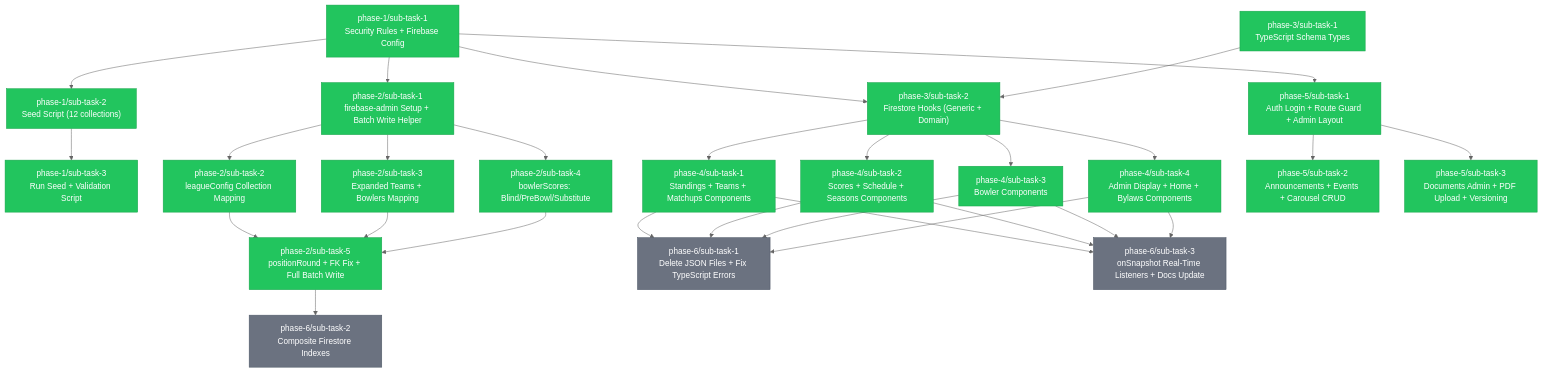
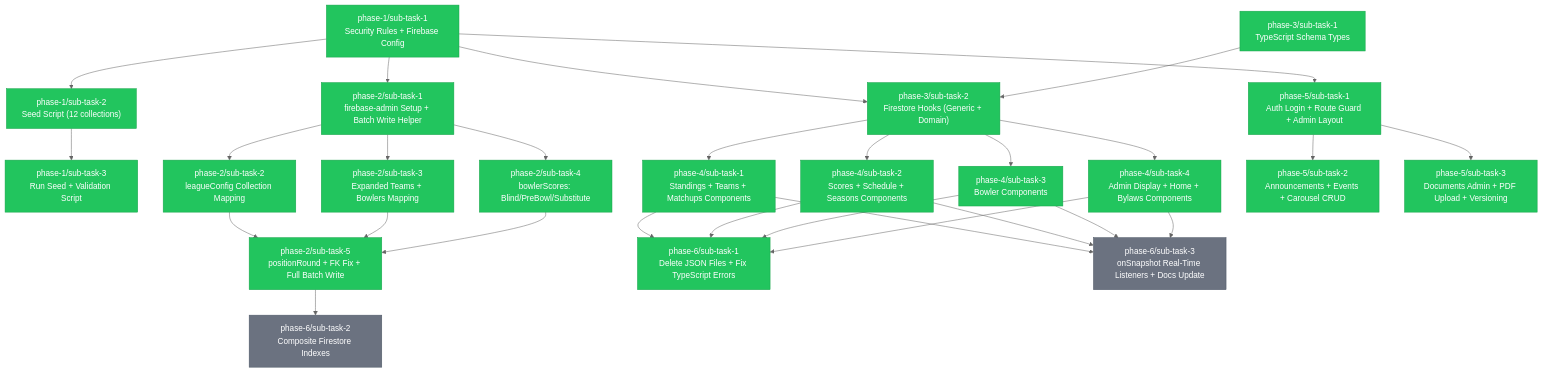
Before and after one commit to Bagwell-Oil-Imaging/late-night-happy-hour-league-site: the diagram in .claude/tasks/TASKS.md, drawn with Mermaid (neutral theme). The commit also changed other lines of this file, not shown here.

````diff
--- a/.claude/tasks/TASKS.md
+++ b/.claude/tasks/TASKS.md
@@ -101,7 +101,7 @@
     class P5S1 completed
     class P5S2 completed
     class P5S3 completed
-    class P6S1 pending
+    class P6S1 completed
     class P6S2 pending
     class P6S3 pending
 ```
````
